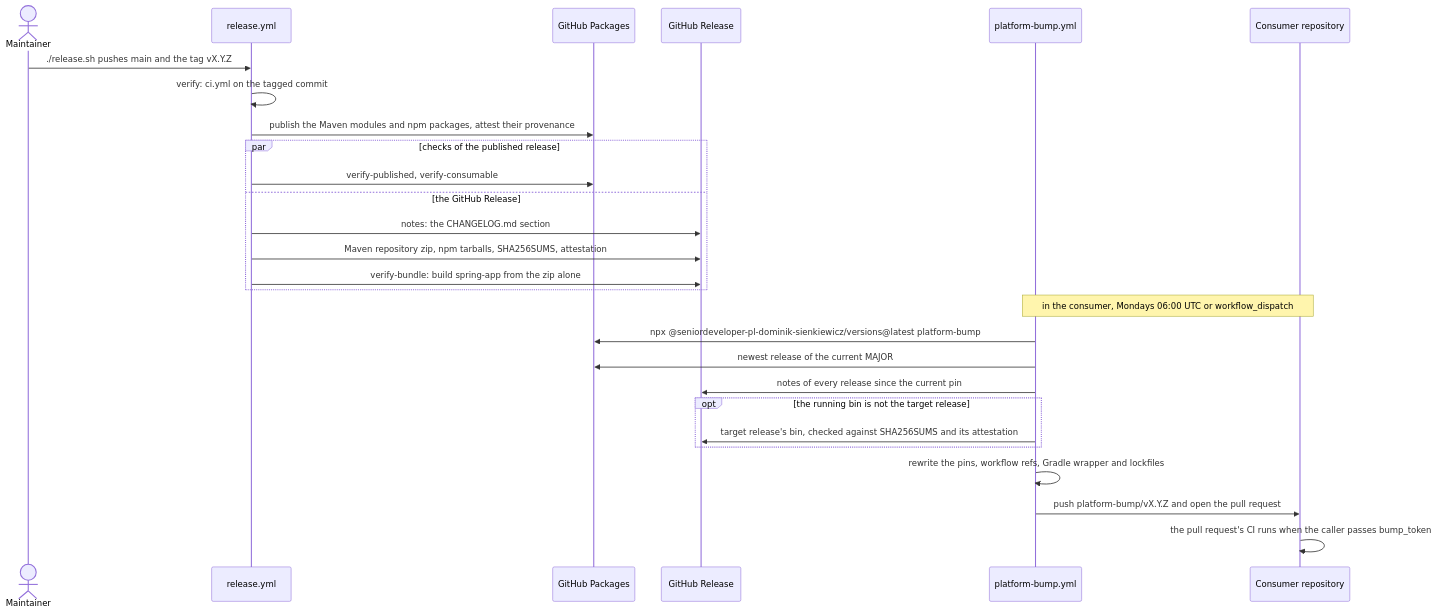
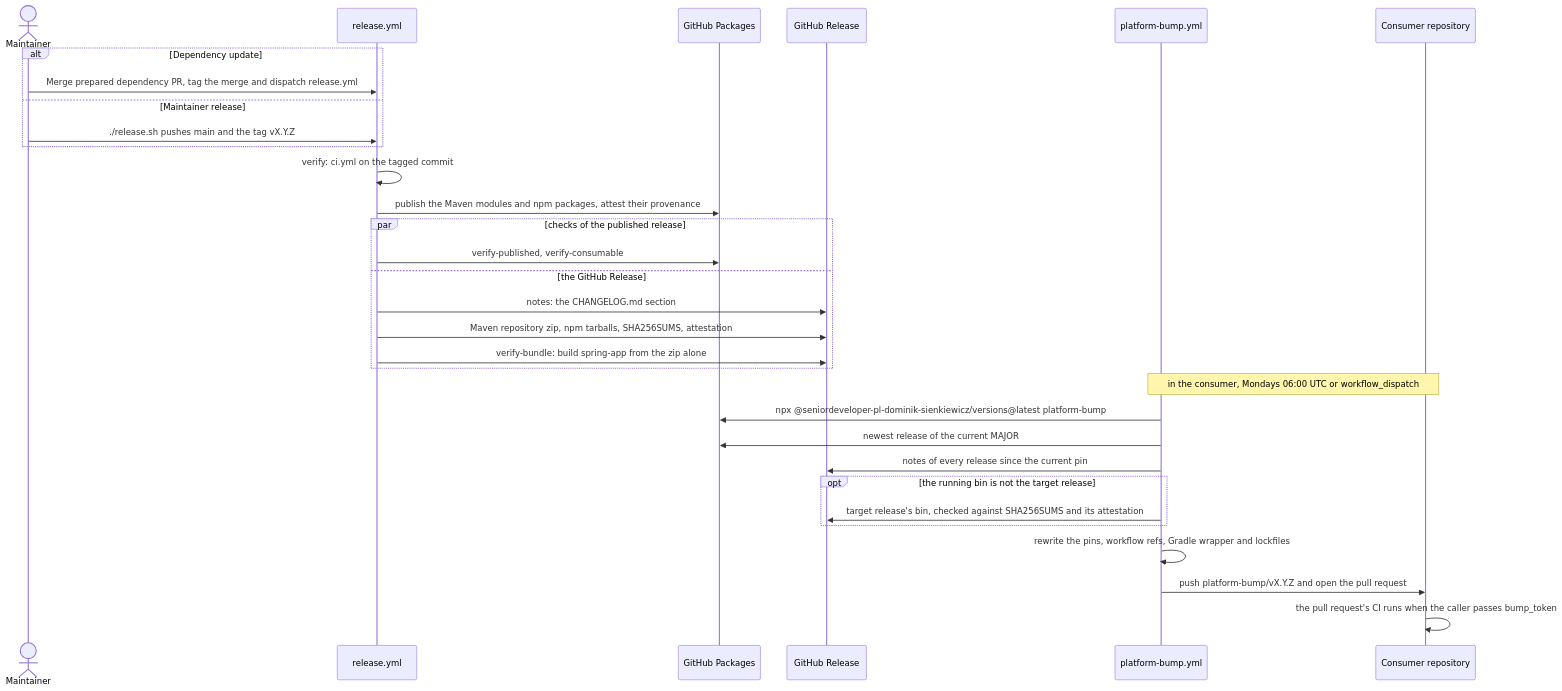
One commit to DominikSienkiewicz/Platform changed the third of 5 diagrams in README.md. Above: the diagram before and after it, drawn with Mermaid. The commit also changed other lines of this file and 14 other files, not shown here.

First line of the commit message:
feat(ci): release reviewed daily dependency updates

````diff
--- a/README.md
+++ b/README.md
@@ -207,30 +213,34 @@
 ```mermaid
 sequenceDiagram
     actor M as Maintainer
     participant R as release.yml
     participant P as GitHub Packages
     participant G as GitHub Release
     participant B as platform-bump.yml
     participant C as Consumer repository
 
-    M->>R: ./release.sh pushes main and the tag vX.Y.Z
+    alt Dependency update
+        M->>R: Merge prepared dependency PR, tag the merge and dispatch release.yml
+    else Maintainer release
+        M->>R: ./release.sh pushes main and the tag vX.Y.Z
+    end
     R->>R: verify: ci.yml on the tagged commit
     R->>P: publish the Maven modules and npm packages, attest their provenance
     par checks of the published release
         R->>P: verify-published, verify-consumable
     and the GitHub Release
         R->>G: notes: the CHANGELOG.md section
         R->>G: Maven repository zip, npm tarballs, SHA256SUMS, attestation
         R->>G: verify-bundle: build spring-app from the zip alone
     end
     Note over B,C: in the consumer, Mondays 06:00 UTC or workflow_dispatch
     B->>P: npx @seniordeveloper-pl-dominik-sienkiewicz/versions@latest platform-bump
     B->>P: newest release of the current MAJOR
     B->>G: notes of every release since the current pin
     opt the running bin is not the target release
         B->>G: target release's bin, checked against SHA256SUMS and its attestation
     end
     B->>B: rewrite the pins, workflow refs, Gradle wrapper and lockfiles
     B->>C: push platform-bump/vX.Y.Z and open the pull request
     C->>C: the pull request's CI runs when the caller passes bump_token
 ```
````
